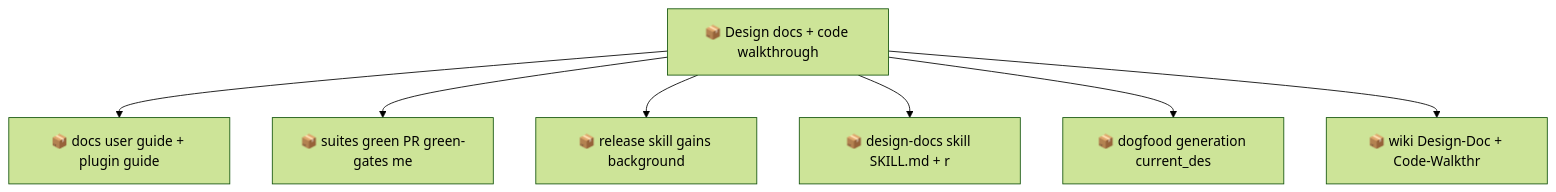
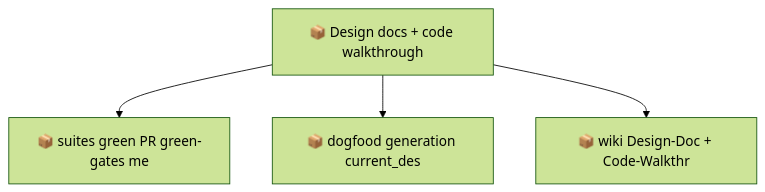
The second of 2 diagrams in docs/roadmap.md (SpillwaveSolutions/wiki_ticket_sdd), drawn with Mermaid (forest theme) before and after one commit. The commit also changed other lines of this file and 18 other files, not shown here.

First line of the commit message:
feat: design-docs skill + release doc-sync wiring (wave 1)

````diff
--- a/docs/roadmap.md
+++ b/docs/roadmap.md
@@ -62,16 +53,10 @@
 ```mermaid
 graph TD
     01KXY7X0QH47Z6B5QZD5G052FJ["📦 Design docs + code walkthrough"]
-    01KXY7X0QJ2SBY6KTQ30AKASP7["📦 docs user guide + plugin guide"]
     01KXY7X0QJ79852RFK5Q8F6FZM["📦 suites green PR green-gates me"]
-    01KXY7X0QJAE0QH2W30JKK39TA["📦 release skill gains background"]
-    01KXY7X0QJCEHRDABCXF6QKXF7["📦 design-docs skill SKILL.md + r"]
     01KXY7X0QJQHZBCSCR438RFFMM["📦 dogfood generation current_des"]
     01KXY7X0QJY4JZWYYF2CA46B9G["📦 wiki Design-Doc + Code-Walkthr"]
-    01KXY7X0QH47Z6B5QZD5G052FJ --> 01KXY7X0QJ2SBY6KTQ30AKASP7
     01KXY7X0QH47Z6B5QZD5G052FJ --> 01KXY7X0QJ79852RFK5Q8F6FZM
-    01KXY7X0QH47Z6B5QZD5G052FJ --> 01KXY7X0QJAE0QH2W30JKK39TA
-    01KXY7X0QH47Z6B5QZD5G052FJ --> 01KXY7X0QJCEHRDABCXF6QKXF7
     01KXY7X0QH47Z6B5QZD5G052FJ --> 01KXY7X0QJQHZBCSCR438RFFMM
     01KXY7X0QH47Z6B5QZD5G052FJ --> 01KXY7X0QJY4JZWYYF2CA46B9G
 ```
````
